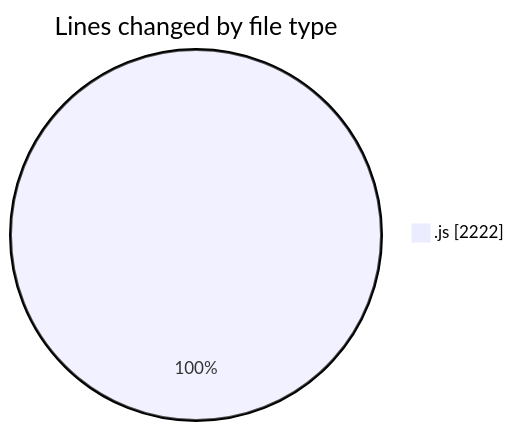
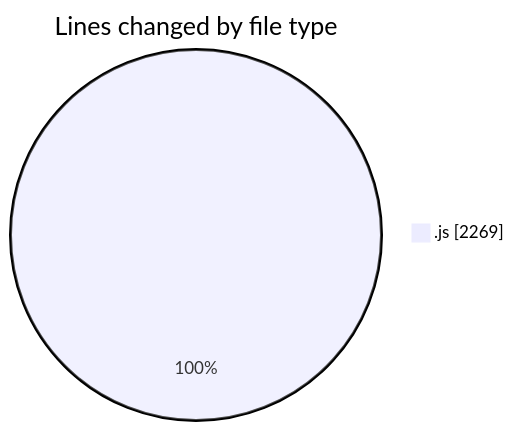
Before and after one commit to nxtqubesakshisongat/code-tracking: the first of 2 diagrams in 2025-09-26/nxtqube_webapp/README.md, drawn with Mermaid. The commit also changed other lines of this file and 1 other file, not shown here.

````diff
--- a/2025-09-26/nxtqube_webapp/README.md
+++ b/2025-09-26/nxtqube_webapp/README.md
@@ -21,5 +21,5 @@
 ```mermaid
 pie showData
 title Lines changed by file type
-".js" : 2222
+".js" : 2269
 ```
````
